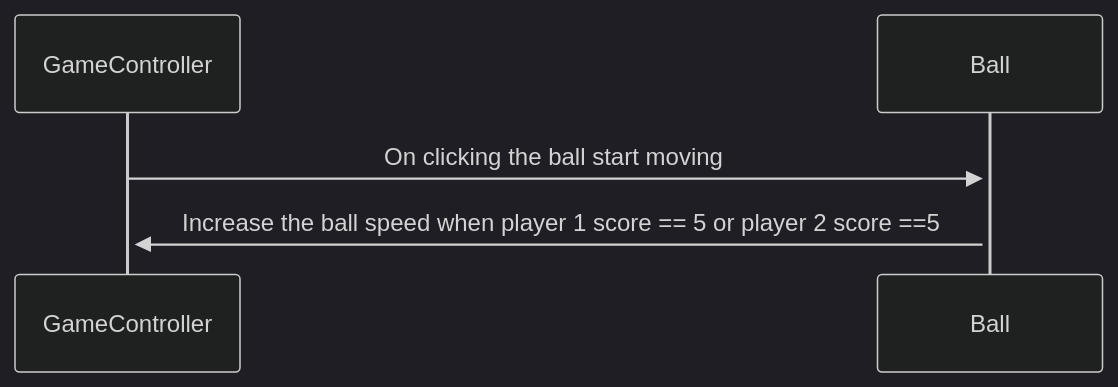
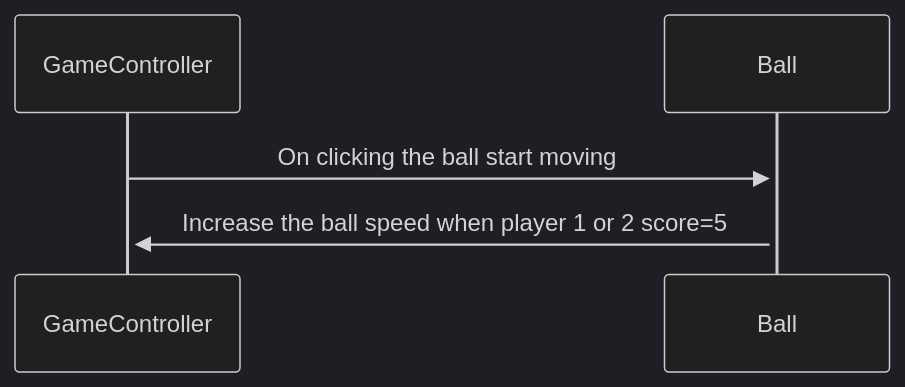
One commit to Engin-Boot/pong-stage-anjalimnnit changed the first of 3 diagrams in Stage0/sequence-start.md. Above: the diagram before and after it, drawn with Mermaid (dark theme). The commit also changed other lines of this file, not shown here.

Commit message:
updated scenario

````diff
--- a/Stage0/sequence-start.md
+++ b/Stage0/sequence-start.md
@@ -5,5 +5,5 @@
 ```mermaid
 sequenceDiagram
 GameController->>+Ball: On clicking the ball start moving
-Ball->>+GameController: Increase the ball speed when player 1 score == 5 or player 2 score ==5
+Ball->>+GameController: Increase the ball speed when player 1 or 2 score=5
 ```
````
